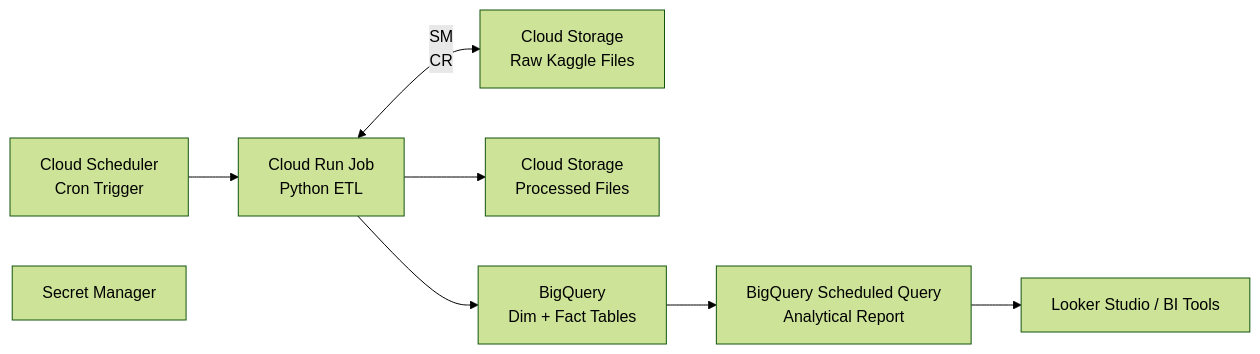
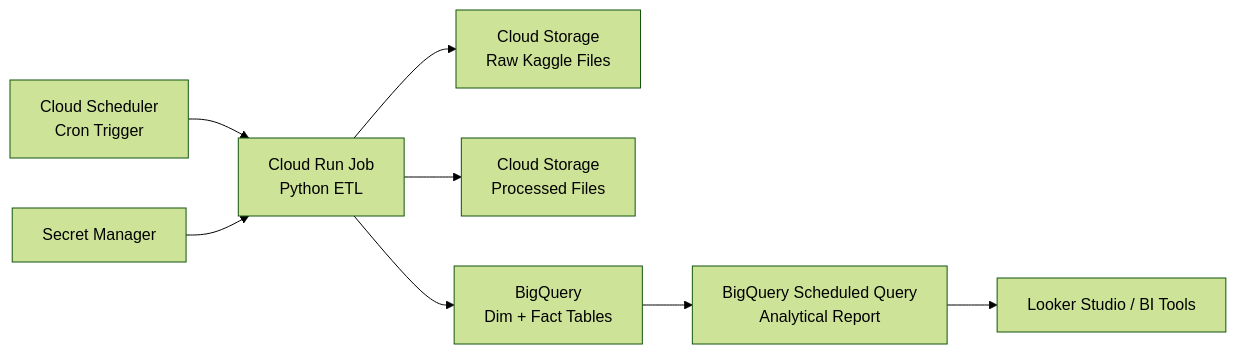
One commit to arthurlouieferrari-dot/supermarket-etl-gcp changed the diagram in README.md. Above: the diagram before and after it, drawn with Mermaid (forest theme).

````diff
--- a/README.md
+++ b/README.md
@@ -170,19 +170,19 @@
 ```mermaid
 flowchart LR
     CS[Cloud Scheduler<br/>Cron Trigger]
     CR[Cloud Run Job<br/>Python ETL]
     SM[Secret Manager]
     RAW[Cloud Storage<br/>Raw Kaggle Files]
     PROC[Cloud Storage<br/>Processed Files]
     BQ[BigQuery<br/>Dim + Fact Tables]
     BQREP[BigQuery Scheduled Query<br/>Analytical Report]
     BI[Looker Studio / BI Tools]
 
     CS --> CR
-    CR <-- SM
+    SM --> CR
     CR --> RAW
     CR --> PROC
     CR --> BQ
     BQ --> BQREP
     BQREP --> BI
 ```
````
